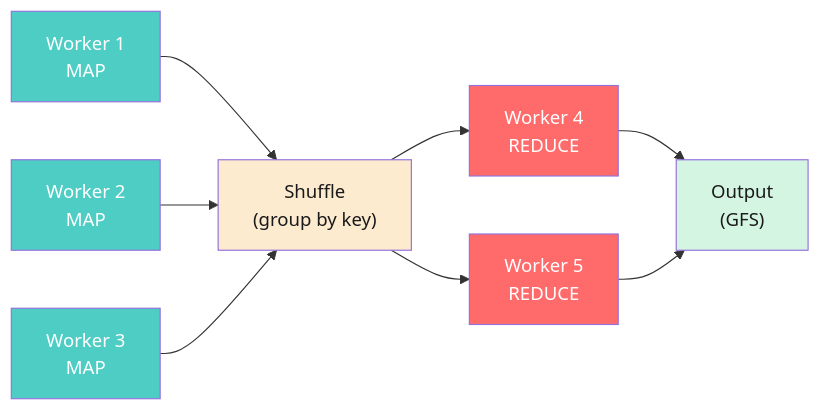
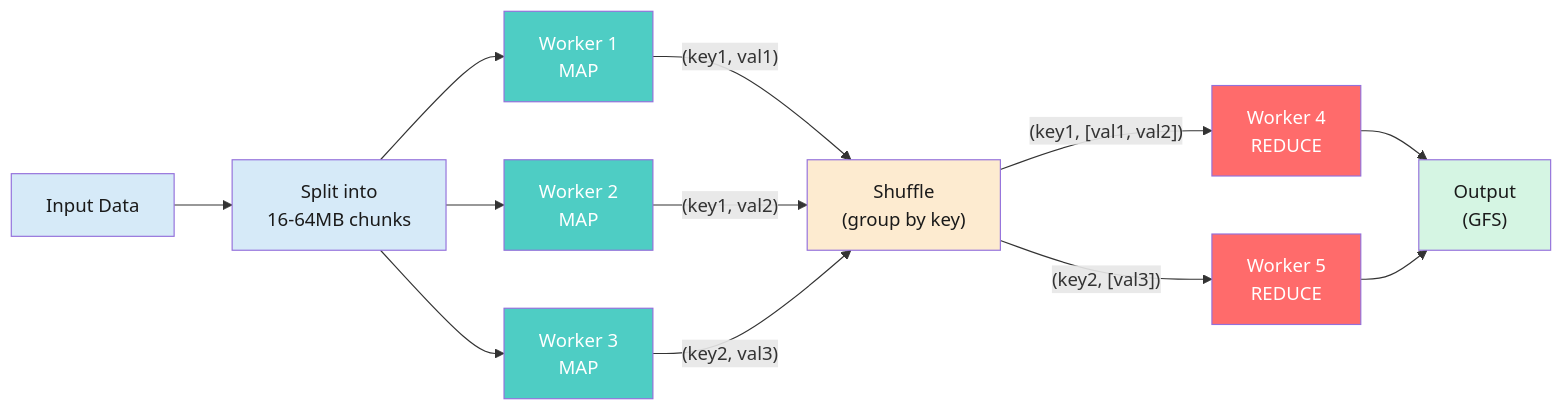
Before and after one commit to neu-pdi/CS3100-Spring-2026: the first of 3 diagrams in lecture-slides-spertus/l38-map-reduce.mdx, drawn with Mermaid. The commit also changed other lines of this file and 2 other files, not shown here.

````diff
--- a/lecture-slides-spertus/l38-map-reduce.mdx
+++ b/lecture-slides-spertus/l38-map-reduce.mdx
@@ -628,18 +571,24 @@
 ```mermaid
 graph LR
-    W1["Worker 1<br/>MAP"] --> SHUFFLE["Shuffle<br/>(group by key)"]
-    W2["Worker 2<br/>MAP"] --> SHUFFLE
-    W3["Worker 3<br/>MAP"] --> SHUFFLE
-    SHUFFLE --> R1["Worker 4<br/>REDUCE"]
-    SHUFFLE --> R2["Worker 5<br/>REDUCE"]
+    INPUT["Input Data"] --> SPLIT["Split into<br/>16-64MB chunks"]
+    SPLIT --> W1["Worker 1<br/>MAP"]
+    SPLIT --> W2["Worker 2<br/>MAP"]
+    SPLIT --> W3["Worker 3<br/>MAP"]
+    W1 -->|"(key1, val1)"| SHUFFLE["Shuffle<br/>(group by key)"]
+    W2 -->|"(key1, val2)"| SHUFFLE
+    W3 -->|"(key2, val3)"| SHUFFLE
+    SHUFFLE --> |"(key1, [val1, val2])"|R1["Worker 4<br/>REDUCE"]
+    SHUFFLE --> |"(key2, [val3])"|R2["Worker 5<br/>REDUCE"]
     R1 --> OUTPUT["Output<br/>(GFS)"]
     R2 --> OUTPUT
 
+    style INPUT fill:#D6EAF8,color:#1a1a1a
+    style SPLIT fill:#D6EAF8,color:#1a1a1a
     style W1 fill:#4ECDC4,color:white
     style W2 fill:#4ECDC4,color:white
     style W3 fill:#4ECDC4,color:white
     style SHUFFLE fill:#FDEBD0,color:#1a1a1a
     style R1 fill:#FF6B6B,color:white
     style R2 fill:#FF6B6B,color:white
     style OUTPUT fill:#D5F5E3,color:#1a1a1a
 ```
````
